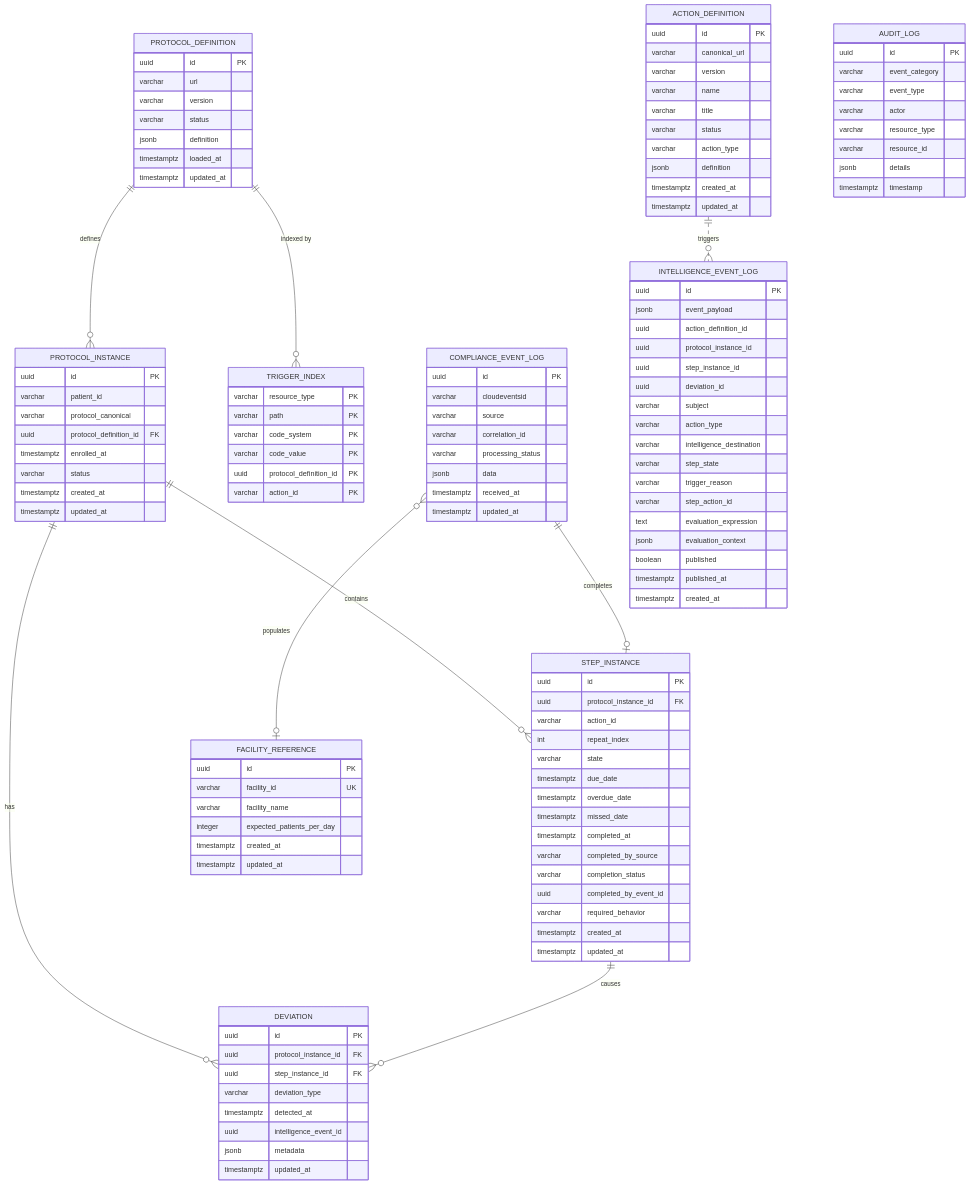
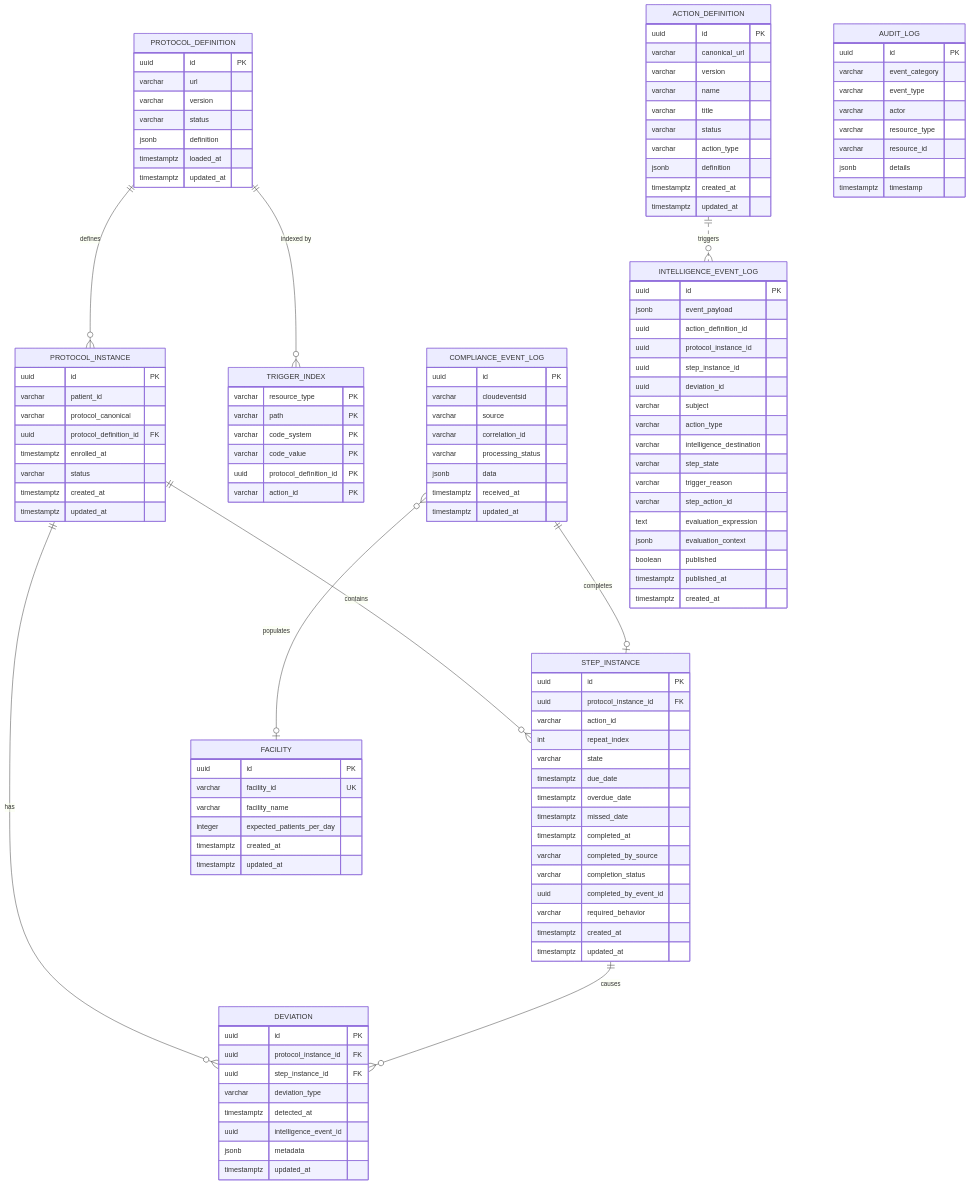
Before and after one commit to Jayaprakash8887/cce-compliance-service: the diagram in docs/data-dictionary.md, drawn with Mermaid. The commit also changed other lines of this file and 12 other files, not shown here.

```diff
--- a/docs/data-dictionary.md
+++ b/docs/data-dictionary.md
@@ -37,7 +37,7 @@
     STEP_INSTANCE ||--o{ DEVIATION : "causes"
     COMPLIANCE_EVENT_LOG ||--o| STEP_INSTANCE : "completes"
     ACTION_DEFINITION ||..o{ INTELLIGENCE_EVENT_LOG : "triggers"
-    COMPLIANCE_EVENT_LOG }o--o| FACILITY_REFERENCE : "populates"
+    COMPLIANCE_EVENT_LOG }o--o| FACILITY : "populates"
 
     PROTOCOL_DEFINITION {
         uuid id PK
@@ -153,7 +153,7 @@
         timestamptz created_at
     }
 
-    FACILITY_REFERENCE {
+    FACILITY {
         uuid id PK
         varchar facility_id UK
         varchar facility_name
```
